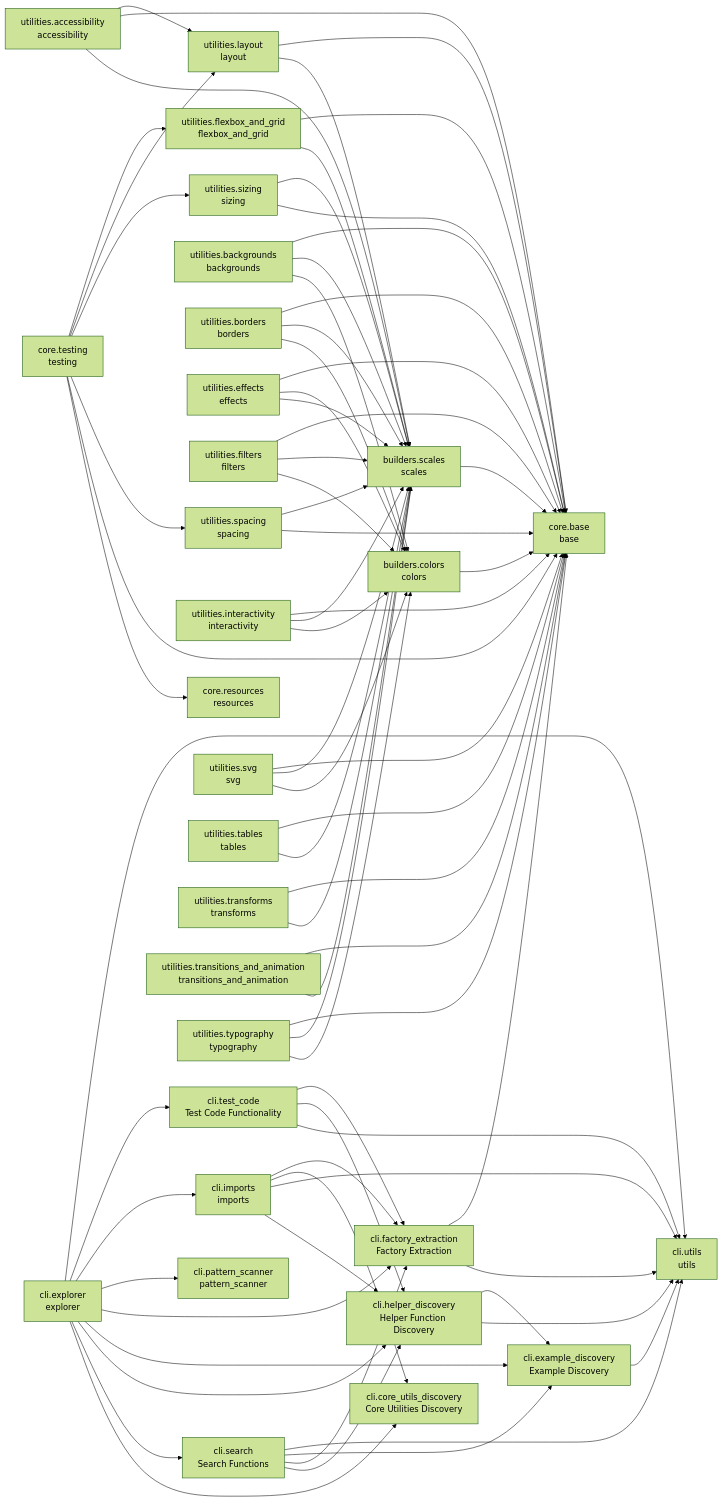
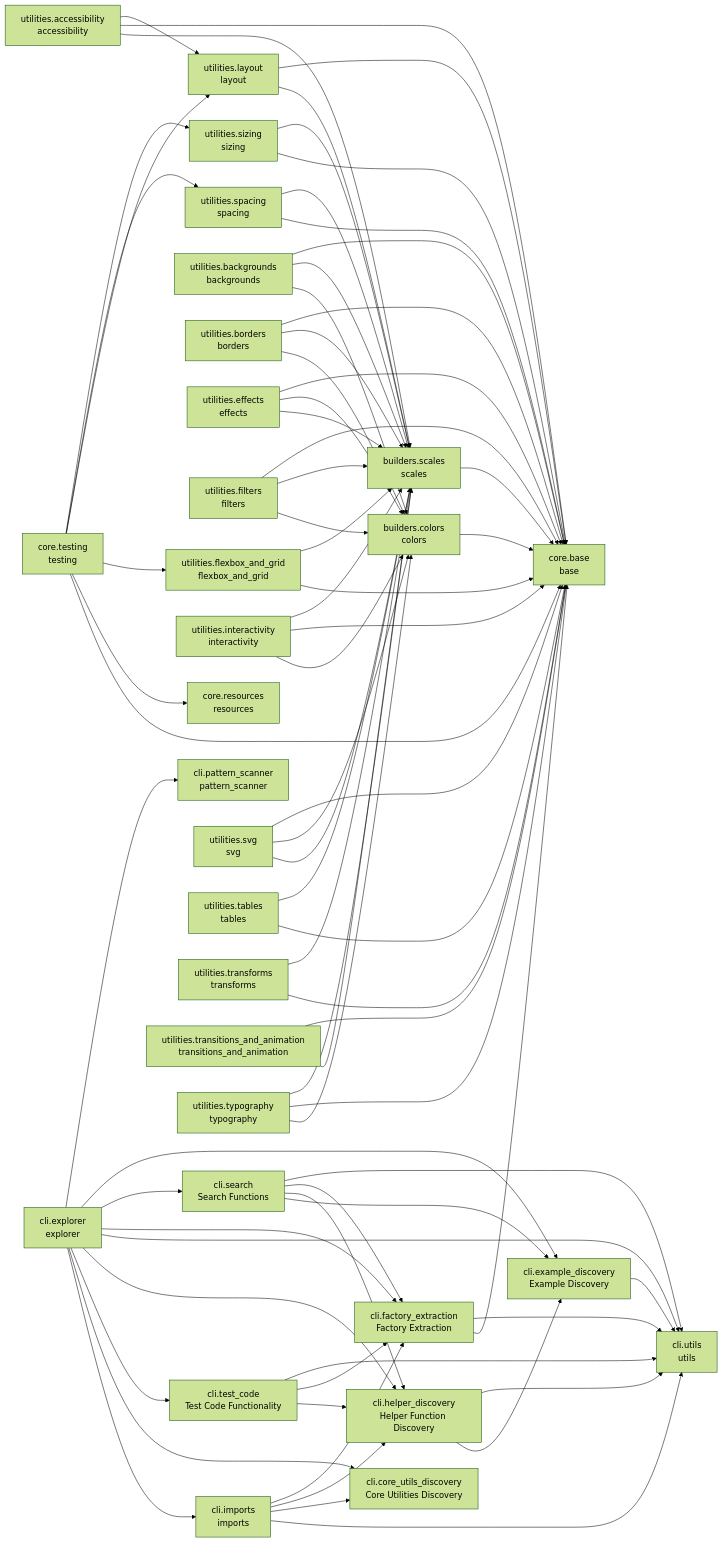
Before and after one commit to cj-mills/cjm-fasthtml-tailwind: the diagram in README.md, drawn with Mermaid (forest theme). The commit also changed other lines of this file and 2 other files, not shown here.

Commit message:
Update SingleValueFactory and SimpleFactory to support modifiers.

````diff
--- a/README.md
+++ b/README.md
@@ -87,36 +87,36 @@
     builders_colors --> core_base
     builders_scales --> core_base
     cli_example_discovery --> cli_utils
+    cli_explorer --> cli_pattern_scanner
+    cli_explorer --> cli_example_discovery
+    cli_explorer --> cli_search
+    cli_explorer --> cli_factory_extraction
     cli_explorer --> cli_utils
+    cli_explorer --> cli_helper_discovery
     cli_explorer --> cli_test_code
+    cli_explorer --> cli_core_utils_discovery
     cli_explorer --> cli_imports
-    cli_explorer --> cli_pattern_scanner
-    cli_explorer --> cli_factory_extraction
-    cli_explorer --> cli_example_discovery
-    cli_explorer --> cli_helper_discovery
-    cli_explorer --> cli_search
-    cli_explorer --> cli_core_utils_discovery
+    cli_factory_extraction --> cli_utils
     cli_factory_extraction --> core_base
-    cli_factory_extraction --> cli_utils
+    cli_helper_discovery --> cli_utils
     cli_helper_discovery --> cli_example_discovery
-    cli_helper_discovery --> cli_utils
     cli_imports --> cli_factory_extraction
+    cli_imports --> cli_helper_discovery
     cli_imports --> cli_core_utils_discovery
     cli_imports --> cli_utils
-    cli_imports --> cli_helper_discovery
     cli_search --> cli_utils
-    cli_search --> cli_example_discovery
     cli_search --> cli_factory_extraction
     cli_search --> cli_helper_discovery
+    cli_search --> cli_example_discovery
+    cli_test_code --> cli_utils
     cli_test_code --> cli_factory_extraction
     cli_test_code --> cli_helper_discovery
-    cli_test_code --> cli_utils
-    core_testing --> utilities_flexbox_and_grid
-    core_testing --> utilities_layout
     core_testing --> utilities_sizing
     core_testing --> utilities_spacing
+    core_testing --> utilities_layout
+    core_testing --> utilities_flexbox_and_grid
+    core_testing --> core_resources
     core_testing --> core_base
-    core_testing --> core_resources
     utilities_accessibility --> utilities_layout
     utilities_accessibility --> core_base
     utilities_accessibility --> builders_scales
@@ -132,10 +132,10 @@
     utilities_filters --> core_base
     utilities_filters --> builders_scales
     utilities_filters --> builders_colors
+    utilities_flexbox_and_grid --> builders_scales
     utilities_flexbox_and_grid --> core_base
-    utilities_flexbox_and_grid --> builders_scales
+    utilities_interactivity --> builders_scales
     utilities_interactivity --> core_base
-    utilities_interactivity --> builders_scales
     utilities_interactivity --> builders_colors
     utilities_layout --> core_base
     utilities_layout --> builders_scales
@@ -144,15 +144,15 @@
     utilities_spacing --> builders_scales
     utilities_spacing --> core_base
     utilities_svg --> core_base
+    utilities_svg --> builders_colors
     utilities_svg --> builders_scales
-    utilities_svg --> builders_colors
+    utilities_tables --> builders_scales
     utilities_tables --> core_base
-    utilities_tables --> builders_scales
+    utilities_transforms --> builders_scales
     utilities_transforms --> core_base
-    utilities_transforms --> builders_scales
     utilities_transitions_and_animation --> core_base
     utilities_transitions_and_animation --> builders_scales
+    utilities_typography --> builders_scales
     utilities_typography --> core_base
-    utilities_typography --> builders_scales
     utilities_typography --> builders_colors
 ```
````
